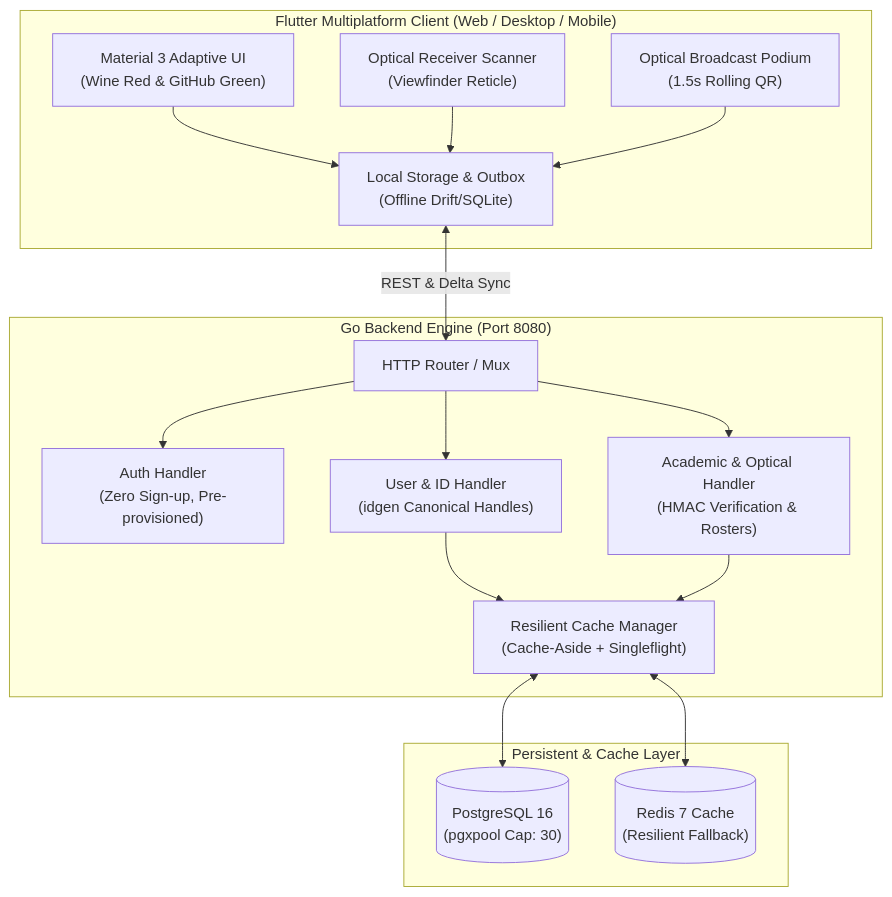
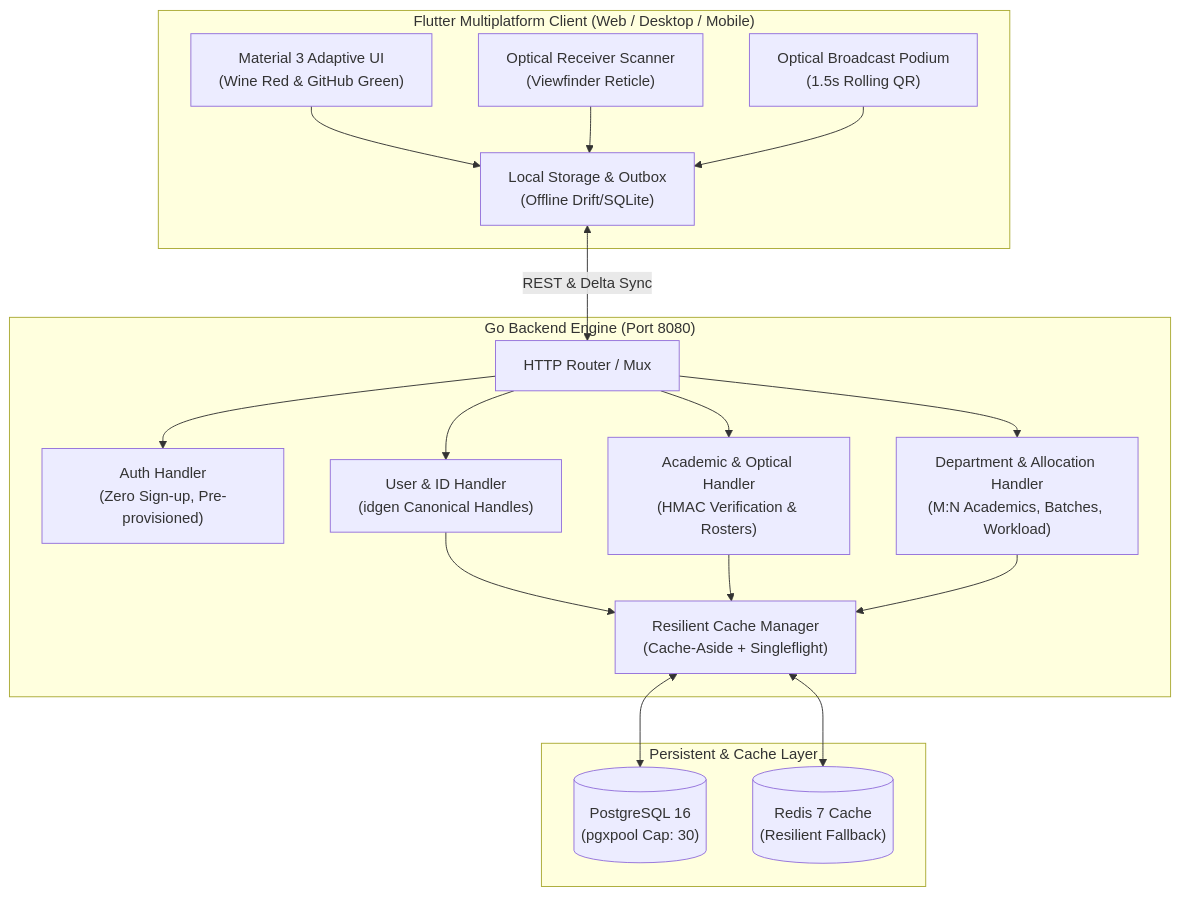
One commit to Yogesh-Kumar-Mallik-dev/CampusManagement changed the diagram in docs/README.md. Above: the diagram before and after it, drawn with Mermaid. The commit also changed 8 other files, not shown here.

Commit message:
docs(academics): document departments, sections, syllabus audit, lab batches, and faculty workload

````diff
--- a/docs/README.md
+++ b/docs/README.md
@@ -22,36 +22,39 @@
 ```mermaid
 flowchart TD
     subgraph Client["Flutter Multiplatform Client (Web / Desktop / Mobile)"]
         UI["Material 3 Adaptive UI\n(Wine Red & GitHub Green)"]
         Scanner["Optical Receiver Scanner\n(Viewfinder Reticle)"]
         Broadcaster["Optical Broadcast Podium\n(1.5s Rolling QR)"]
         LocalDB["Local Storage & Outbox\n(Offline Drift/SQLite)"]
     end
 
     subgraph Backend["Go Backend Engine (Port 8080)"]
         Router["HTTP Router / Mux"]
         AuthHandler["Auth Handler\n(Zero Sign-up, Pre-provisioned)"]
         UserHandler["User & ID Handler\n(idgen Canonical Handles)"]
         AcademicHandler["Academic & Optical Handler\n(HMAC Verification & Rosters)"]
+        DeptHandler["Department & Allocation Handler\n(M:N Academics, Batches, Workload)"]
         CacheMgr["Resilient Cache Manager\n(Cache-Aside + Singleflight)"]
     end
 
     subgraph Storage["Persistent & Cache Layer"]
         PG[("PostgreSQL 16\n(pgxpool Cap: 30)")]
         RedisStore[("Redis 7 Cache\n(Resilient Fallback)")]
     end
 
     UI --> LocalDB
     Scanner --> LocalDB
     Broadcaster --> LocalDB
     LocalDB <-->|REST & Delta Sync| Router
 
     Router --> AuthHandler
     Router --> UserHandler
     Router --> AcademicHandler
+    Router --> DeptHandler
 
     UserHandler --> CacheMgr
     AcademicHandler --> CacheMgr
+    DeptHandler --> CacheMgr
     CacheMgr <--> RedisStore
     CacheMgr <--> PG
 ```
````
